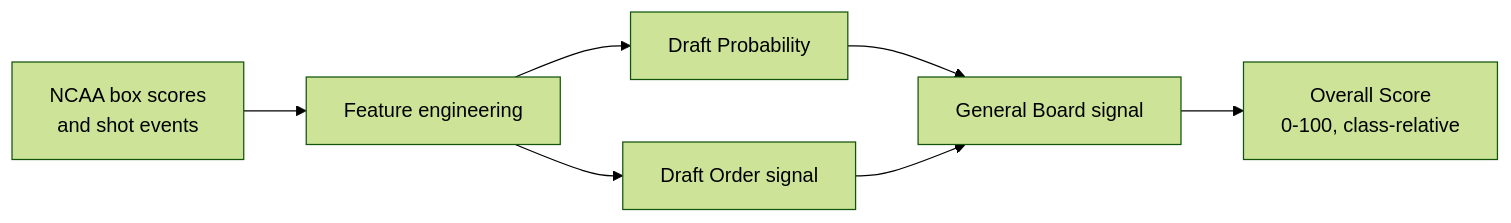
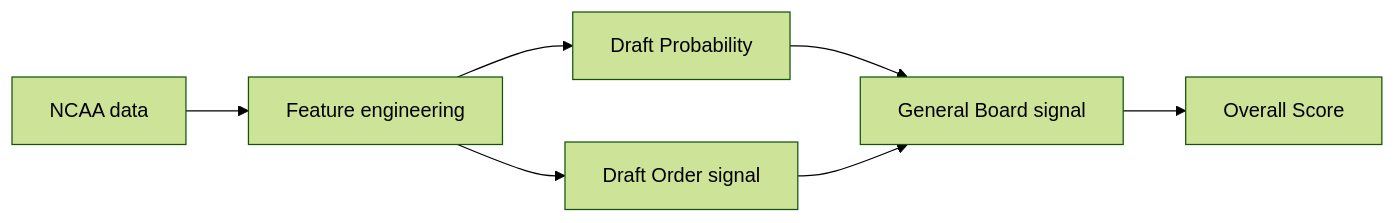
Before and after one commit to JuriSOK/DraftLens: the diagram in README.md, drawn with Mermaid (forest theme). The commit also changed other lines of this file, not shown here.

````diff
--- a/README.md
+++ b/README.md
@@ -137,9 +192,9 @@
 ```mermaid
 flowchart LR
-  A[NCAA box scores<br/>and shot events] --> B[Feature engineering]
-  B --> C[Draft Probability]
-  B --> D[Draft Order signal]
-  C --> E[General Board signal]
-  D --> E
-  E --> F[Overall Score<br/>0-100, class-relative]
+    A[NCAA data] --> B[Feature engineering]
+    B --> C[Draft Probability]
+    B --> D[Draft Order signal]
+    C --> E[General Board signal]
+    D --> E
+    E --> F[Overall Score]
 ```
````
